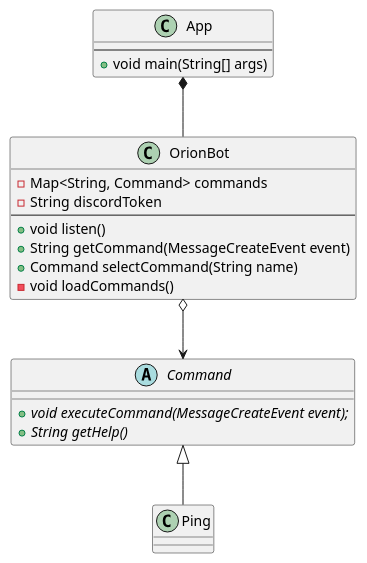
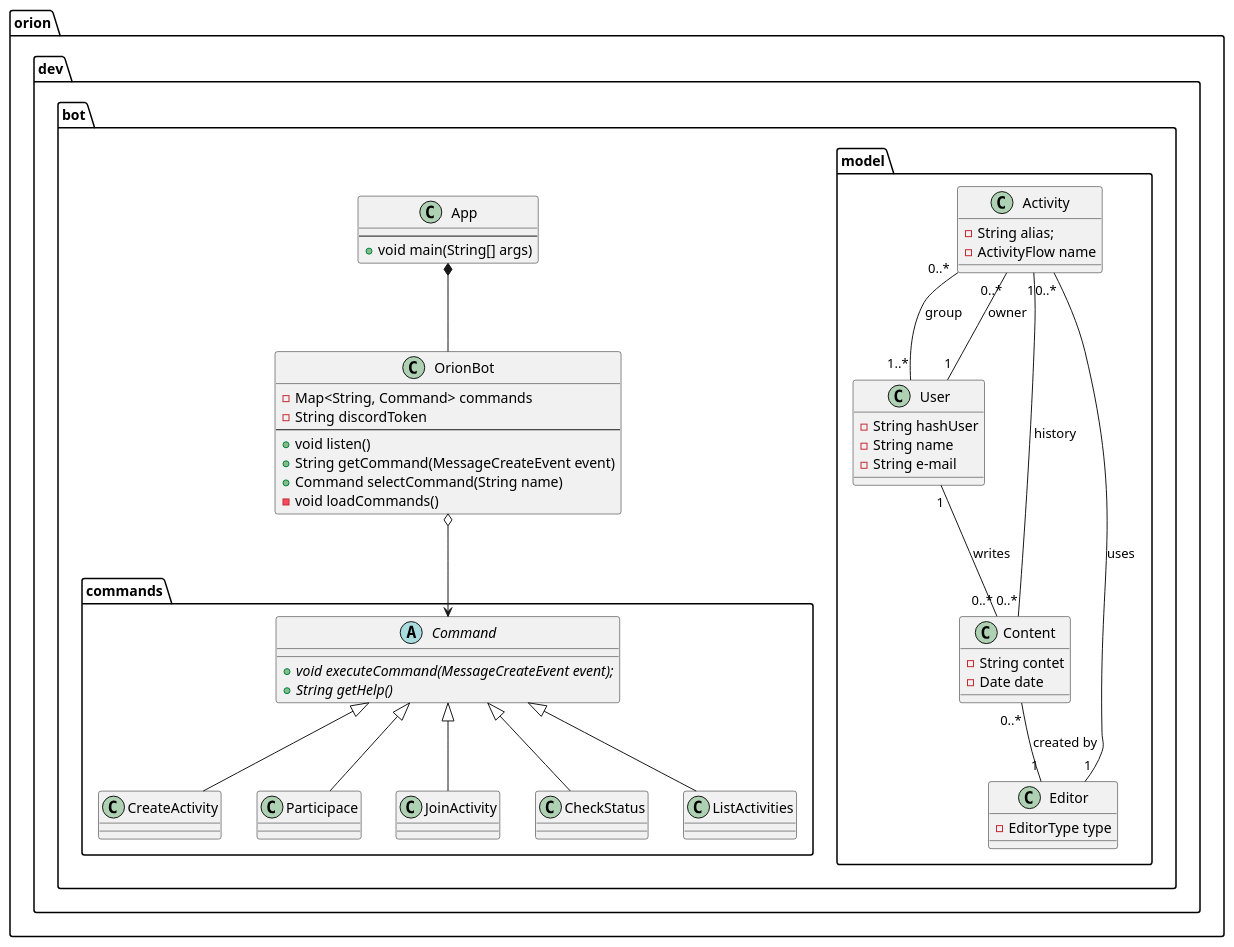
Before and after one commit to oibaf-ifrs/bot: the diagram in docs/uml/class.puml, drawn with PlantUML. The commit also changed 16 other files, not shown here.

```diff
--- a/docs/uml/class.puml
+++ b/docs/uml/class.puml
@@ -1,30 +1,87 @@
 @startuml
 
-App *-- OrionBot
-OrionBot o--> Command
-Command <|-- Ping
+package orion.dev.bot.model {
 
-class App{
---
-+ void main(String[] args)
+    Activity "0..*" -- "1..*" User : group  
+    Activity "0..*" -- "1" User : owner  
+    Activity "1" -- "0..*" Content : history
+    Activity "0..*" -- "1" Editor : uses
+    User "1" -- "0..*" Content : writes
+    Content "0..*" -- "1" Editor : created by
+
+    class User{
+        -String hashUser
+        - String name
+        - String e-mail
+    }
+
+    class Activity{
+        -String alias;
+        - ActivityFlow name
+    }
+
+    class Content {
+        - String contet
+        - Date date
+    }
+
+    class Editor{
+        - EditorType type
+    }
+
 }
 
-class OrionBot {
-    - Map<String, Command> commands
-    - String discordToken
---
-    + void listen()
-    + String getCommand(MessageCreateEvent event)
-    + Command selectCommand(String name)
-    - void loadCommands()
+package orion.dev.bot.commands {
+
+    Command <|-- CreateActivity
+    Command <|-- Participace
+    Command <|-- JoinActivity
+    Command <|-- CheckStatus
+    Command <|-- ListActivities
+    
+    abstract Command {
+        + {abstract} void executeCommand(MessageCreateEvent event);
+        + {abstract} String getHelp()
+    }
+
+    Class CreateActivity {}
+
+    Class Participace {}
+
+    Class JoinActivity {}
+
+    Class CheckStatus {}
+
+    Class ListActivities {}
+
 }
 
-abstract Command {
-    + {abstract} void executeCommand(MessageCreateEvent event);
-    + {abstract} String getHelp()
+package orion.dev.bot {
+
+    App *-- OrionBot
+    OrionBot o--> Command
+
+    class App{
+    --
+    + void main(String[] args)
+    }
+
+    class OrionBot {
+        - Map<String, Command> commands
+        - String discordToken
+    --
+        + void listen()
+        + String getCommand(MessageCreateEvent event)
+        + Command selectCommand(String name)
+        - void loadCommands()
+    }
+
 }
 
-Class Ping{
 
-}
+
+
+
+
+
 @enduml
```
